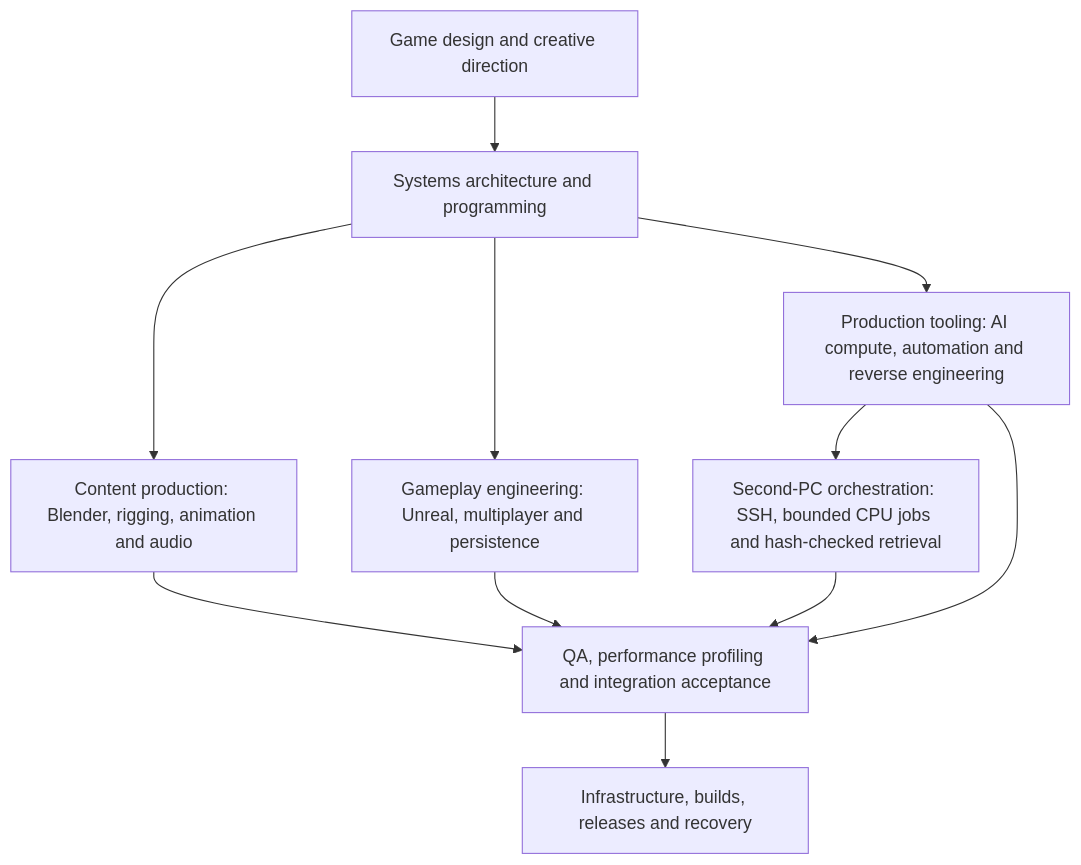
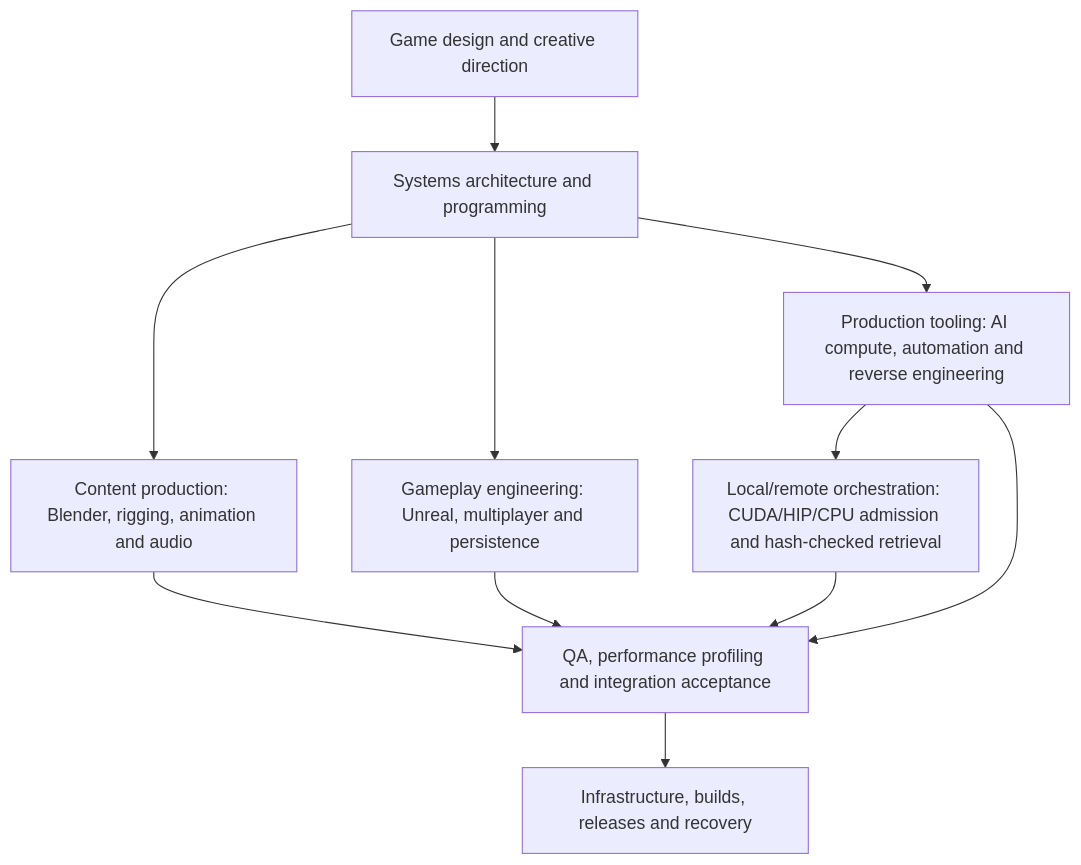
One commit to CA-The-destroyer/G-Ash_Road_ep1 changed the diagram in docs/diagrams/ash-road-skills-and-experience.md. Above: the diagram before and after it, drawn with Mermaid. The commit also changed other lines of this file and 22 other files, not shown here.

Commit message:
docs: refresh November4 metrics, Journey52 status and compute diagrams

````diff
--- a/docs/diagrams/ash-road-skills-and-experience.md
+++ b/docs/diagrams/ash-road-skills-and-experience.md
@@ -7,13 +7,13 @@
 ```mermaid
 flowchart TB
     D["Game design and creative direction"] --> A["Systems architecture and programming"]
     A --> ART["Content production: Blender, rigging, animation and audio"]
     A --> GAME["Gameplay engineering: Unreal, multiplayer and persistence"]
     A --> TOOLS["Production tooling: AI compute, automation and reverse engineering"]
     ART --> Q["QA, performance profiling and integration acceptance"]
     GAME --> Q
-    TOOLS --> remoteJobs["Second-PC orchestration: SSH, bounded CPU jobs and hash-checked retrieval"]
+    TOOLS --> remoteJobs["Local/remote orchestration: CUDA/HIP/CPU admission and hash-checked retrieval"]
     remoteJobs --> Q
     TOOLS --> Q
     Q --> R["Infrastructure, builds, releases and recovery"]
 ```
````
